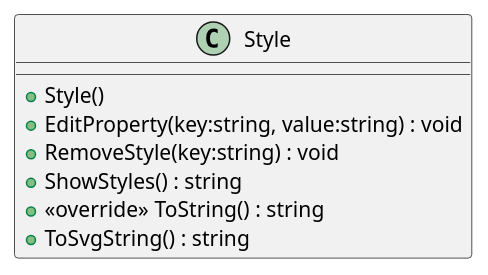
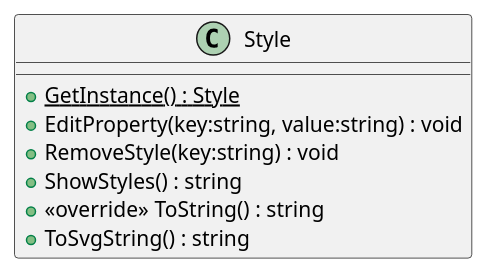
One commit to ismaelplangca/CS264_Assignment02 changed the diagram in plantuml/Shapes/Style.puml. Above: the diagram before and after it, drawn with PlantUML. The commit also changed 7 other files, not shown here.

```diff
--- a/plantuml/Shapes/Style.puml
+++ b/plantuml/Shapes/Style.puml
@@ -1,10 +1,10 @@
 @startuml
 class Style {
-    + Style()
+    + {static} GetInstance() : Style
     + EditProperty(key:string, value:string) : void
     + RemoveStyle(key:string) : void
     + ShowStyles() : string
     + <<override>> ToString() : string
     + ToSvgString() : string
 }
 @enduml
```
